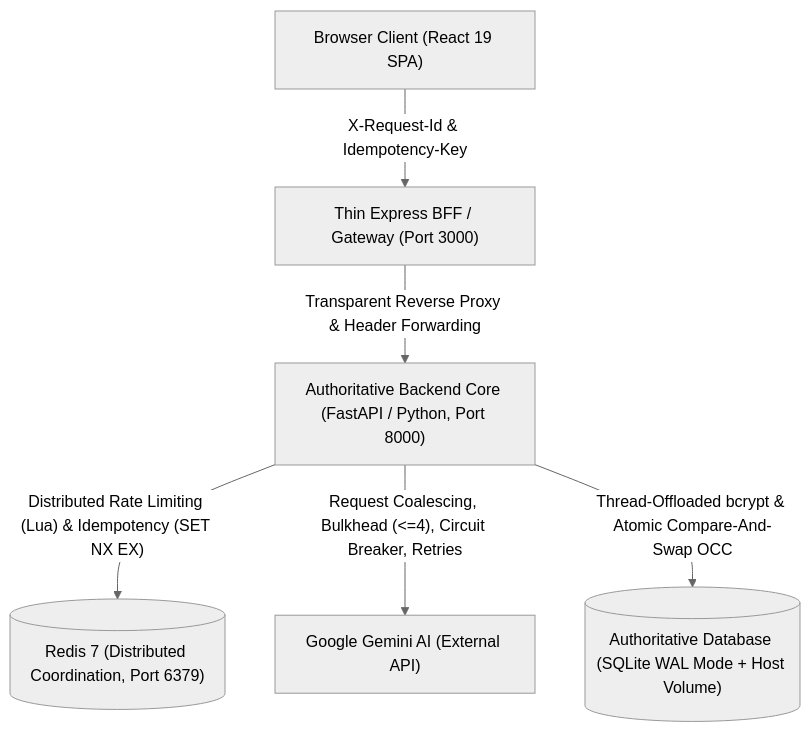
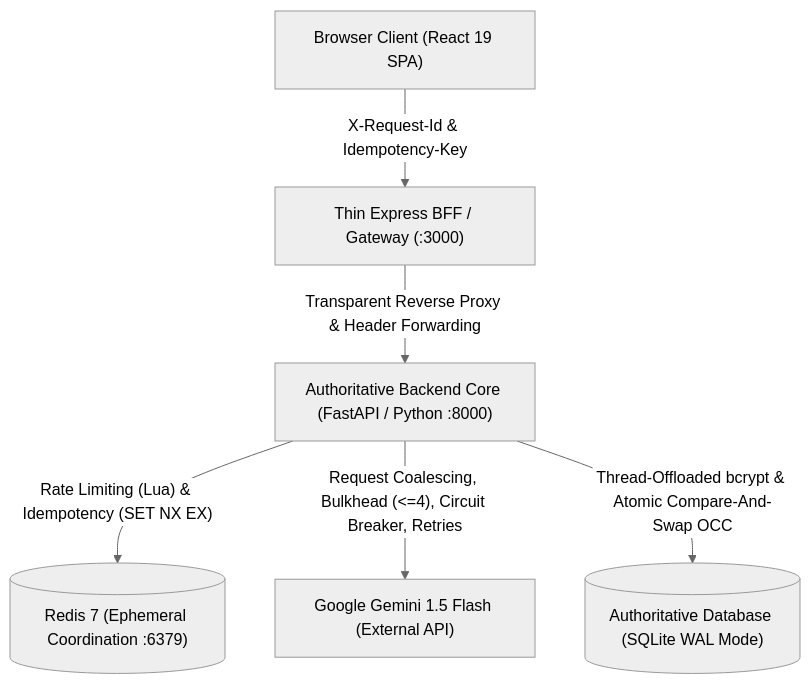
The diagram in README.md (Ramakrishnan-2002/Intellresume_2026), drawn with Mermaid (neutral theme) before and after one commit. The commit also changed other lines of this file and 7 other files, not shown here.

````diff
--- a/README.md
+++ b/README.md
@@ -20,15 +19,15 @@
 ```mermaid
 graph TD
     Client["Browser Client (React 19 SPA)"]
-    Gateway["Thin Express BFF / Gateway (Port 3000)"]
-    FastAPI["Authoritative Backend Core (FastAPI / Python, Port 8000)"]
-    Redis[("Redis 7 (Distributed Coordination, Port 6379)")]
-    SQLite[("Authoritative Database (SQLite WAL Mode + Host Volume)")]
-    Gemini["Google Gemini AI (External API)"]
+    Gateway["Thin Express BFF / Gateway (:3000)"]
+    FastAPI["Authoritative Backend Core (FastAPI / Python :8000)"]
+    Redis[("Redis 7 (Ephemeral Coordination :6379)")]
+    SQLite[("Authoritative Database (SQLite WAL Mode)")]
+    Gemini["Google Gemini 1.5 Flash (External API)"]
 
     Client -->|"X-Request-Id & Idempotency-Key"| Gateway
     Gateway -->|"Transparent Reverse Proxy & Header Forwarding"| FastAPI
-    FastAPI -->|"Distributed Rate Limiting (Lua) & Idempotency (SET NX EX)"| Redis
+    FastAPI -->|"Rate Limiting (Lua) & Idempotency (SET NX EX)"| Redis
     FastAPI -->|"Request Coalescing, Bulkhead (<=4), Circuit Breaker, Retries"| Gemini
     FastAPI -->|"Thread-Offloaded bcrypt & Atomic Compare-And-Swap OCC"| SQLite
 ```
````
